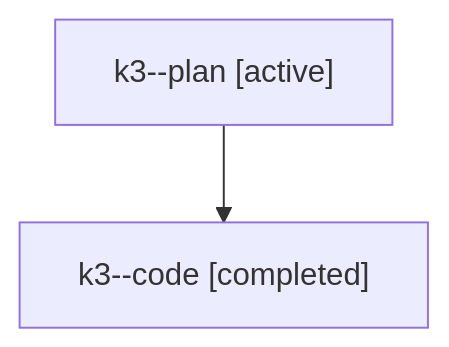
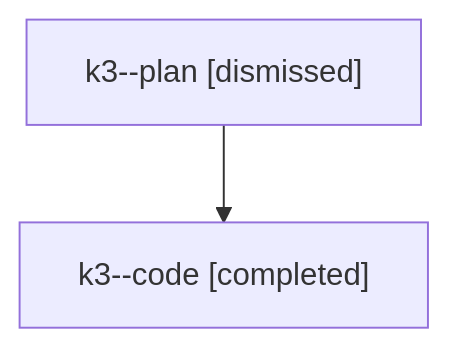
One commit to sase-org/sase--agents changed the diagram in sessions/bbugyi200.athena.k3.md. Above: the diagram before and after it, drawn with Mermaid. The commit also changed other lines of this file and 34 other files, not shown here.

````diff
--- a/sessions/bbugyi200.athena.k3.md
+++ b/sessions/bbugyi200.athena.k3.md
@@ -9,6 +9,6 @@
 ```mermaid
 flowchart TD
-  n0["k3--plan [active]"]
+  n0["k3--plan [dismissed]"]
   n1["k3--code [completed]"]
   n0 --> n1
 ```
````
